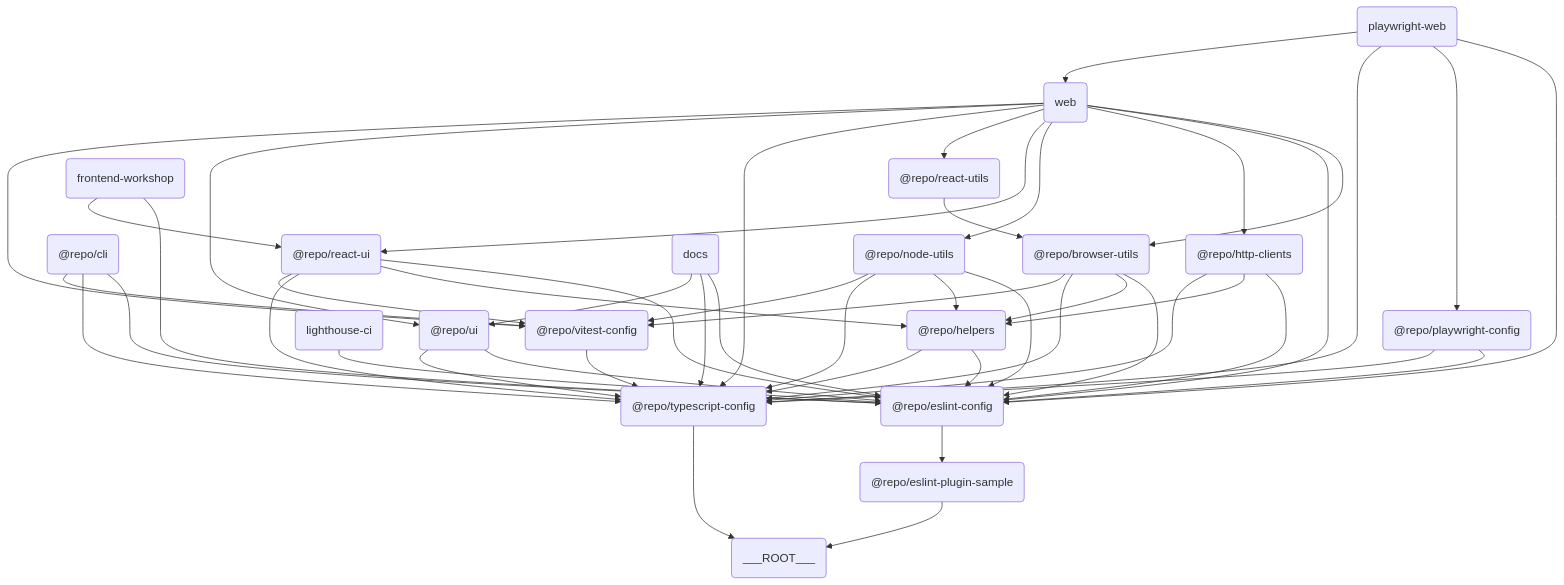
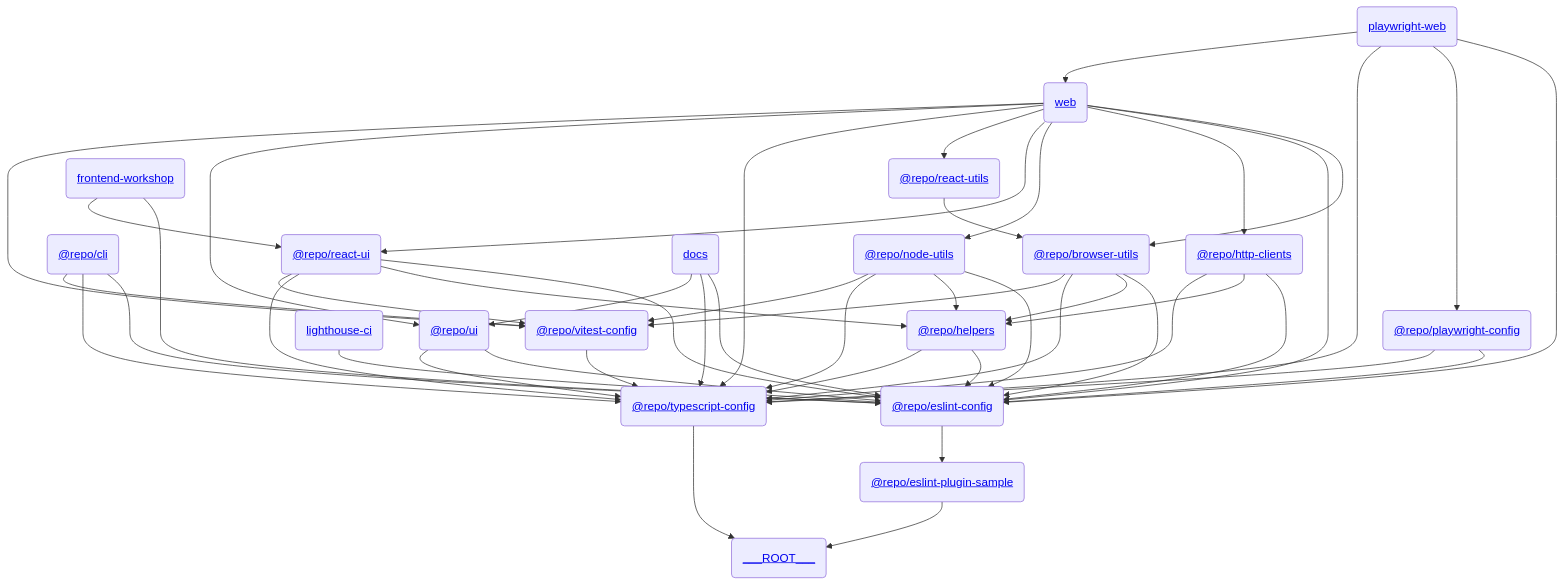
One commit to iamhoonse-dev/turborepo-template changed the diagram in README.md. Above: the diagram before and after it, drawn with Mermaid.

Commit message:
docs(readme): 프로젝트 루트 README 의 패키지 관계도 mermaid 차트의 각 노드마다 링크 추가

````diff
--- a/README.md
+++ b/README.md
@@ -18,51 +18,51 @@
 ```mermaid
 graph TD
-    QHZT("@repo/browser-utils") --> ETTT("@repo/eslint-config")
-    QHZT("@repo/browser-utils") --> JEGP("@repo/helpers")
-    QHZT("@repo/browser-utils") --> EMLE("@repo/typescript-config")
-    QHZT("@repo/browser-utils") --> LRHC("@repo/vitest-config")
-    GLAO("@repo/cli") --> ETTT("@repo/eslint-config")
-    GLAO("@repo/cli") --> EMLE("@repo/typescript-config")
-    GLAO("@repo/cli") --> LRHC("@repo/vitest-config")
-    ETTT("@repo/eslint-config") --> VELR("@repo/eslint-plugin-sample")
-    VELR("@repo/eslint-plugin-sample") --> TXWC("___ROOT___")
-    JEGP("@repo/helpers") --> ETTT("@repo/eslint-config")
-    JEGP("@repo/helpers") --> EMLE("@repo/typescript-config")
-    WCIN("@repo/http-clients") --> ETTT("@repo/eslint-config")
-    WCIN("@repo/http-clients") --> JEGP("@repo/helpers")
-    WCIN("@repo/http-clients") --> EMLE("@repo/typescript-config")
-    TPBW("@repo/node-utils") --> ETTT("@repo/eslint-config")
-    TPBW("@repo/node-utils") --> JEGP("@repo/helpers")
-    TPBW("@repo/node-utils") --> EMLE("@repo/typescript-config")
-    TPBW("@repo/node-utils") --> LRHC("@repo/vitest-config")
-    BHWE("@repo/playwright-config") --> ETTT("@repo/eslint-config")
-    BHWE("@repo/playwright-config") --> EMLE("@repo/typescript-config")
-    MKNG("@repo/react-ui") --> ETTT("@repo/eslint-config")
-    MKNG("@repo/react-ui") --> JEGP("@repo/helpers")
-    MKNG("@repo/react-ui") --> EMLE("@repo/typescript-config")
-    MKNG("@repo/react-ui") --> LRHC("@repo/vitest-config")
-    IRKD("@repo/react-utils") --> QHZT("@repo/browser-utils")
-    EMLE("@repo/typescript-config") --> TXWC("___ROOT___")
-    UWBQ("@repo/ui") --> ETTT("@repo/eslint-config")
-    UWBQ("@repo/ui") --> EMLE("@repo/typescript-config")
-    LRHC("@repo/vitest-config") --> EMLE("@repo/typescript-config")
-    FBWM("docs") --> ETTT("@repo/eslint-config")
-    FBWM("docs") --> EMLE("@repo/typescript-config")
-    FBWM("docs") --> UWBQ("@repo/ui")
-    NRTE("frontend-workshop") --> ETTT("@repo/eslint-config")
-    NRTE("frontend-workshop") --> MKNG("@repo/react-ui")
-    GVMR("lighthouse-ci") --> ETTT("@repo/eslint-config")
-    ITTZ("playwright-web") --> ETTT("@repo/eslint-config")
-    ITTZ("playwright-web") --> BHWE("@repo/playwright-config")
-    ITTZ("playwright-web") --> EMLE("@repo/typescript-config")
-    ITTZ("playwright-web") --> VXGS("web")
-    VXGS("web") --> QHZT("@repo/browser-utils")
-    VXGS("web") --> ETTT("@repo/eslint-config")
-    VXGS("web") --> WCIN("@repo/http-clients")
-    VXGS("web") --> TPBW("@repo/node-utils")
-    VXGS("web") --> MKNG("@repo/react-ui")
-    VXGS("web") --> IRKD("@repo/react-utils")
-    VXGS("web") --> EMLE("@repo/typescript-config")
-    VXGS("web") --> UWBQ("@repo/ui")
-    VXGS("web") --> LRHC("@repo/vitest-config")
+    QHZT("<a href='./packages/browser-utils'>@repo/browser-utils</a>") --> ETTT("<a href='./configs/eslint-config'>@repo/eslint-config</a>")
+    QHZT("<a href='./packages/browser-utils'>@repo/browser-utils</a>") --> JEGP("<a href='./shared/helpers'>@repo/helpers</a>")
+    QHZT("<a href='./packages/browser-utils'>@repo/browser-utils</a>") --> EMLE("<a href='./configs/typescript-config'>@repo/typescript-config</a>")
+    QHZT("<a href='./packages/browser-utils'>@repo/browser-utils</a>") --> LRHC("<a href='./configs/vitest-config'>@repo/vitest-config</a>")
+    GLAO("<a href='./tools/cli'>@repo/cli</a>") --> ETTT("<a href='./configs/eslint-config'>@repo/eslint-config</a>")
+    GLAO("<a href='./tools/cli'>@repo/cli</a>") --> EMLE("<a href='./configs/typescript-config'>@repo/typescript-config</a>")
+    GLAO("<a href='./tools/cli'>@repo/cli</a>") --> LRHC("<a href='./configs/vitest-config'>@repo/vitest-config</a>")
+    ETTT("<a href='./configs/eslint-config'>@repo/eslint-config</a>") --> VELR("<a href='./packages/eslint-plugin-sample'>@repo/eslint-plugin-sample</a>")
+    VELR("<a href='./packages/eslint-plugin-sample'>@repo/eslint-plugin-sample</a>") --> TXWC("<a href='./'>___ROOT___</a>")
+    JEGP("<a href='./shared/helpers'>@repo/helpers</a>") --> ETTT("<a href='./configs/eslint-config'>@repo/eslint-config</a>")
+    JEGP("<a href='./shared/helpers'>@repo/helpers</a>") --> EMLE("<a href='./configs/typescript-config'>@repo/typescript-config</a>")
+    WCIN("<a href='./packages/http-clients'>@repo/http-clients</a>") --> ETTT("<a href='./configs/eslint-config'>@repo/eslint-config</a>")
+    WCIN("<a href='./packages/http-clients'>@repo/http-clients</a>") --> JEGP("<a href='./shared/helpers'>@repo/helpers</a>")
+    WCIN("<a href='./packages/http-clients'>@repo/http-clients</a>") --> EMLE("<a href='./configs/typescript-config'>@repo/typescript-config</a>")
+    TPBW("<a href='./packages/node-utils'>@repo/node-utils</a>") --> ETTT("<a href='./configs/eslint-config'>@repo/eslint-config</a>")
+    TPBW("<a href='./packages/node-utils'>@repo/node-utils</a>") --> JEGP("<a href='./shared/helpers'>@repo/helpers</a>")
+    TPBW("<a href='./packages/node-utils'>@repo/node-utils</a>") --> EMLE("<a href='./configs/typescript-config'>@repo/typescript-config</a>")
+    TPBW("<a href='./packages/node-utils'>@repo/node-utils</a>") --> LRHC("<a href='./configs/vitest-config'>@repo/vitest-config</a>")
+    BHWE("<a href='./configs/playwright-config'>@repo/playwright-config</a>") --> ETTT("<a href='./configs/eslint-config'>@repo/eslint-config</a>")
+    BHWE("<a href='./configs/playwright-config'>@repo/playwright-config</a>") --> EMLE("<a href='./configs/typescript-config'>@repo/typescript-config</a>")
+    MKNG("<a href='./packages/react-ui'>@repo/react-ui</a>") --> ETTT("<a href='./configs/eslint-config'>@repo/eslint-config</a>")
+    MKNG("<a href='./packages/react-ui'>@repo/react-ui</a>") --> JEGP("<a href='./shared/helpers'>@repo/helpers</a>")
+    MKNG("<a href='./packages/react-ui'>@repo/react-ui</a>") --> EMLE("<a href='./configs/typescript-config'>@repo/typescript-config</a>")
+    MKNG("<a href='./packages/react-ui'>@repo/react-ui</a>") --> LRHC("<a href='./configs/vitest-config'>@repo/vitest-config</a>")
+    IRKD("<a href='./packages/react-utils'>@repo/react-utils</a>") --> QHZT("<a href='./packages/browser-utils'>@repo/browser-utils</a>")
+    EMLE("<a href='./configs/typescript-config'>@repo/typescript-config</a>") --> TXWC("<a href='./'>___ROOT___</a>")
+    UWBQ("<a href='./packages/ui'>@repo/ui</a>") --> ETTT("<a href='./configs/eslint-config'>@repo/eslint-config</a>")
+    UWBQ("<a href='./packages/ui'>@repo/ui</a>") --> EMLE("<a href='./configs/typescript-config'>@repo/typescript-config</a>")
+    LRHC("<a href='./configs/vitest-config'>@repo/vitest-config</a>") --> EMLE("<a href='./configs/typescript-config'>@repo/typescript-config</a>")
+    FBWM("<a href='./apps/docs'>docs</a>") --> ETTT("<a href='./configs/eslint-config'>@repo/eslint-config</a>")
+    FBWM("<a href='./apps/docs'>docs</a>") --> EMLE("<a href='./configs/typescript-config'>@repo/typescript-config</a>")
+    FBWM("<a href='./apps/docs'>docs</a>") --> UWBQ("<a href='./packages/ui'>@repo/ui</a>")
+    NRTE("<a href='./apps/frontend-workshop'>frontend-workshop</a>") --> ETTT("<a href='./configs/eslint-config'>@repo/eslint-config</a>")
+    NRTE("<a href='./apps/frontend-workshop'>frontend-workshop</a>") --> MKNG("<a href='./packages/react-ui'>@repo/react-ui</a>")
+    GVMR("<a href='./tools/lighthouse-ci'>lighthouse-ci</a>") --> ETTT("<a href='./configs/eslint-config'>@repo/eslint-config</a>")
+    ITTZ("<a href='./tools/playwright-web'>playwright-web</a>") --> ETTT("<a href='./configs/eslint-config'>@repo/eslint-config</a>")
+    ITTZ("<a href='./tools/playwright-web'>playwright-web</a>") --> BHWE("<a href='./configs/playwright-config'>@repo/playwright-config</a>")
+    ITTZ("<a href='./tools/playwright-web'>playwright-web</a>") --> EMLE("<a href='./configs/typescript-config'>@repo/typescript-config</a>")
+    ITTZ("<a href='./tools/playwright-web'>playwright-web</a>") --> VXGS("<a href='./apps/web'>web</a>")
+    VXGS("<a href='./apps/web'>web</a>") --> QHZT("<a href='./packages/browser-utils'>@repo/browser-utils</a>")
+    VXGS("<a href='./apps/web'>web</a>") --> ETTT("<a href='./configs/eslint-config'>@repo/eslint-config</a>")
+    VXGS("<a href='./apps/web'>web</a>") --> WCIN("<a href='./packages/http-clients'>@repo/http-clients</a>")
+    VXGS("<a href='./apps/web'>web</a>") --> TPBW("<a href='./packages/node-utils'>@repo/node-utils</a>")
+    VXGS("<a href='./apps/web'>web</a>") --> MKNG("<a href='./packages/react-ui'>@repo/react-ui</a>")
+    VXGS("<a href='./apps/web'>web</a>") --> IRKD("<a href='./packages/react-utils'>@repo/react-utils</a>")
+    VXGS("<a href='./apps/web'>web</a>") --> EMLE("<a href='./configs/typescript-config'>@repo/typescript-config</a>")
+    VXGS("<a href='./apps/web'>web</a>") --> UWBQ("<a href='./packages/ui'>@repo/ui</a>")
+    VXGS("<a href='./apps/web'>web</a>") --> LRHC("<a href='./configs/vitest-config'>@repo/vitest-config</a>")
 ```
````
